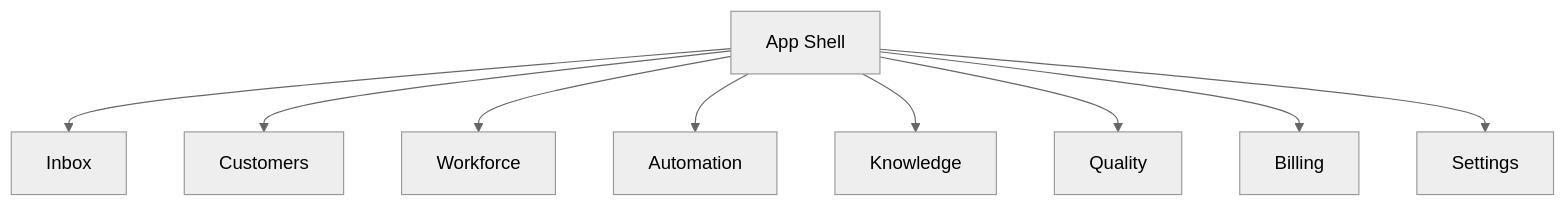
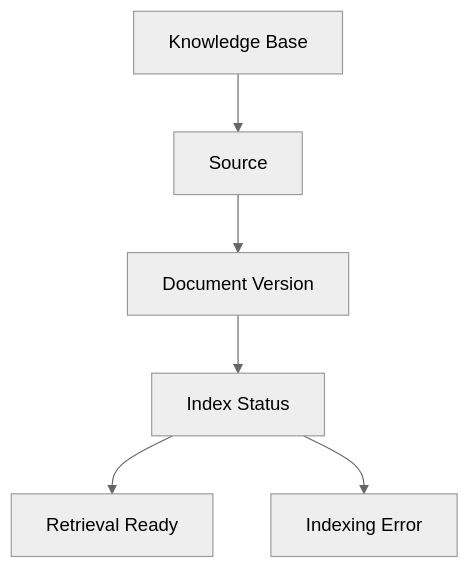
Before and after one commit to D-engahmed/OMILINKS: the second of 2 diagrams in docs/product/screen-specifications.md, drawn with Mermaid (neutral theme). The commit also changed other lines of this file and 2 other files, not shown here.

````diff
--- a/docs/product/screen-specifications.md
+++ b/docs/product/screen-specifications.md
@@ -13,11 +117,8 @@
-```mermaid
-flowchart TB
-SHELL[App Shell] --> INBOX[Inbox]
-SHELL --> CUSTOMER[Customers]
-SHELL --> WORK[Workforce]
-SHELL --> AUTO[Automation]
-SHELL --> KNOW[Knowledge]
-SHELL --> QA[Quality]
-SHELL --> BILL[Billing]
-SHELL --> SETTINGS[Settings]
-```
+~~~mermaid
+flowchart TD
+KB[Knowledge Base] --> SOURCE[Source]
+SOURCE --> VERSION[Document Version]
+VERSION --> INDEX[Index Status]
+INDEX --> READY[Retrieval Ready]
+INDEX --> ERROR[Indexing Error]
+~~~
````
